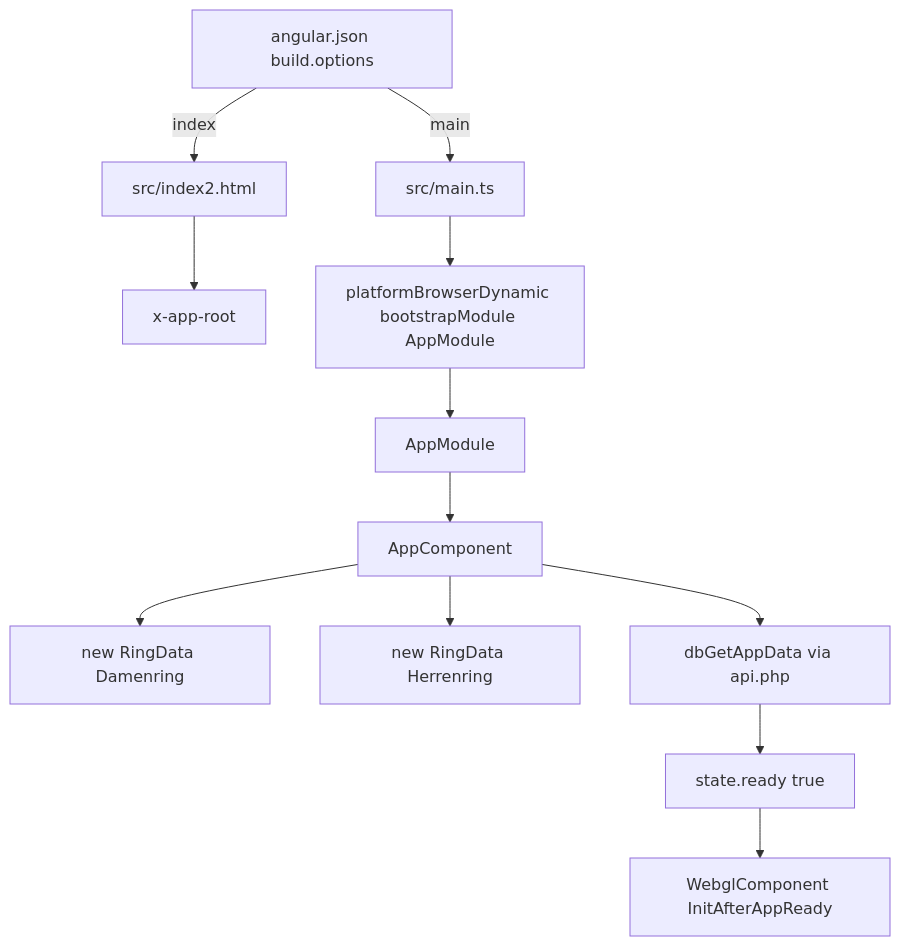
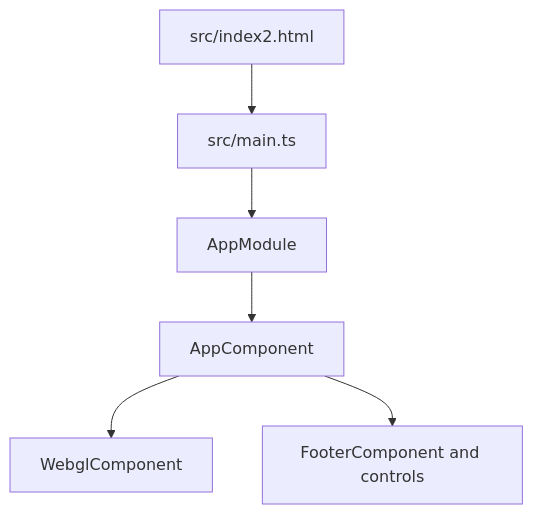
One commit to der-mmeier/Ringconf-v2.1-jenkins-asf changed the first of 4 diagrams in docs/architecture/runtime-and-data-flow.md. Above: the diagram before and after it, drawn with Mermaid. The commit also changed other lines of this file and 21 other files, not shown here.

````diff
--- a/docs/architecture/runtime-and-data-flow.md
+++ b/docs/architecture/runtime-and-data-flow.md
@@ -7,14 +7,8 @@
 ```mermaid
 flowchart TD
-  A[angular.json build.options] -->|index| B[src/index2.html]
-  A -->|main| C[src/main.ts]
-  B --> D[x-app-root]
-  C --> E[platformBrowserDynamic bootstrapModule AppModule]
-  E --> F[AppModule]
-  F --> G[AppComponent]
-  G --> H[new RingData Damenring]
-  G --> I[new RingData Herrenring]
-  G --> J[dbGetAppData via api.php]
-  J --> K[state.ready true]
-  K --> L[WebglComponent InitAfterAppReady]
+  A[src/index2.html] --> B[src/main.ts]
+  B --> C[AppModule]
+  C --> D[AppComponent]
+  D --> E[WebglComponent]
+  D --> F[FooterComponent and controls]
 ```
````
